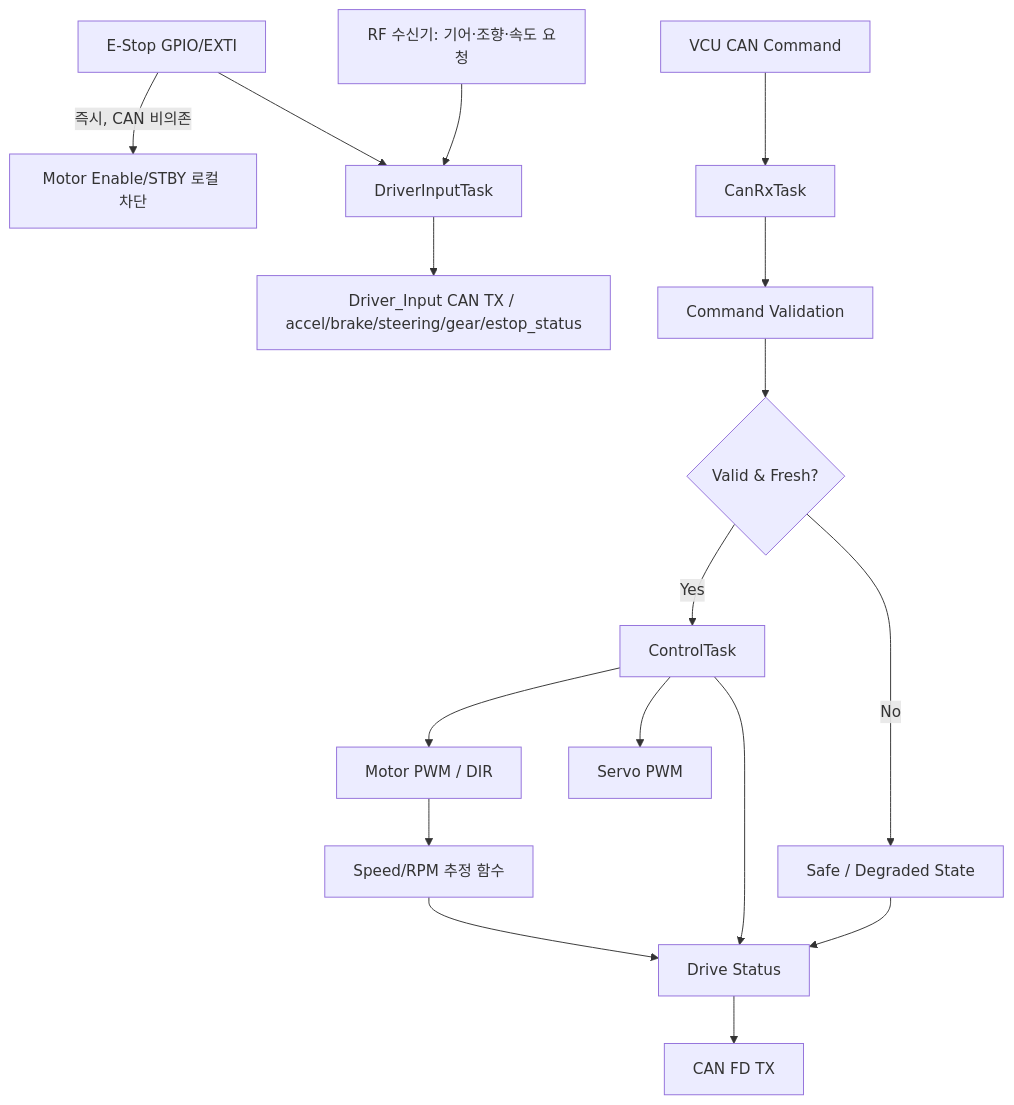
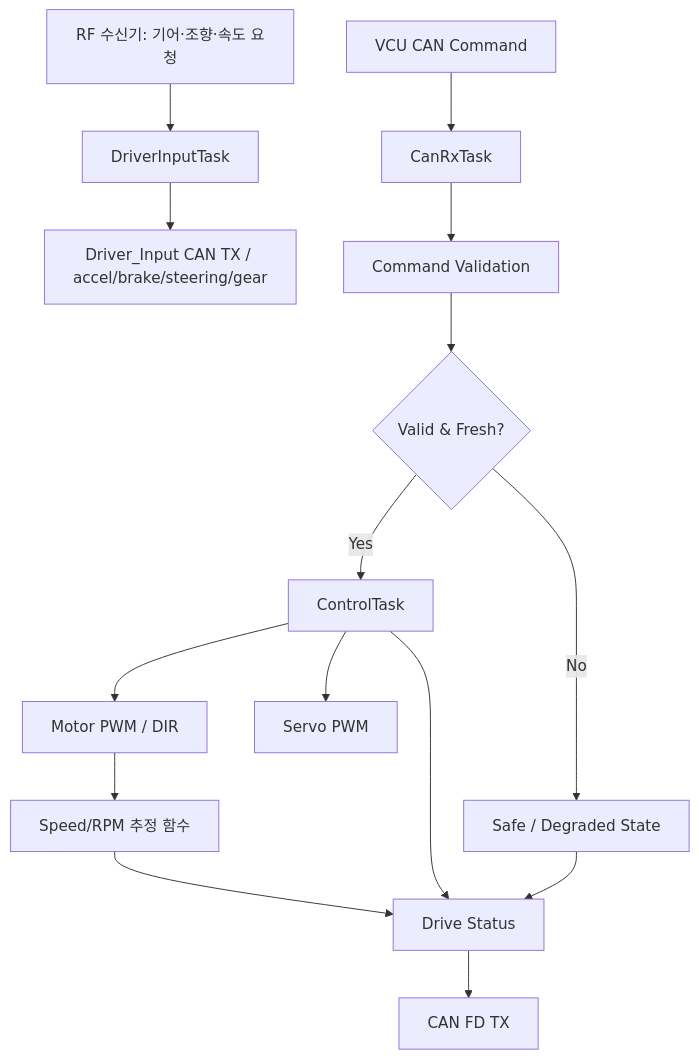
The diagram in docs/ecus/Motor_Steering_Control/SPECIFICATION.md (sunmaan22/SDV_MCU_Project), drawn with Mermaid before and after one commit. The commit also changed other lines of this file and 1 other file, not shown here.

First line of the commit message:
Remove E-Stop from Motor_Steering_Control SPECIFICATION/ARCHITECTURE

````diff
--- a/docs/ecus/Motor_Steering_Control/SPECIFICATION.md
+++ b/docs/ecus/Motor_Steering_Control/SPECIFICATION.md
@@ -142,22 +132,19 @@
 ```mermaid
 flowchart TD
-    ESTOP["E-Stop GPIO/EXTI"] -->|"즉시, CAN 비의존"| ESACT["Motor Enable/STBY 로컬 차단"]
-    ESTOP --> DI
-
     RF["RF 수신기: 기어·조향·속도 요청"] --> DI["DriverInputTask"]
-    DI --> DIPUB["Driver_Input CAN TX / accel/brake/steering/gear/estop_status"]
+    DI --> DIPUB["Driver_Input CAN TX / accel/brake/steering/gear"]
 
     A["VCU CAN Command"] --> B["CanRxTask"]
     B --> C["Command Validation"]
     C --> D{Valid & Fresh?}
     D -->|"No"| E["Safe / Degraded State"]
     D -->|"Yes"| F["ControlTask"]
 
     F --> M["Motor PWM / DIR"]
     F --> S["Servo PWM"]
     M --> EST["Speed/RPM 추정 함수"]
     EST --> ST["Drive Status"]
     F --> ST
     E --> ST
     ST --> CAN["CAN FD TX"]
 ```
````
